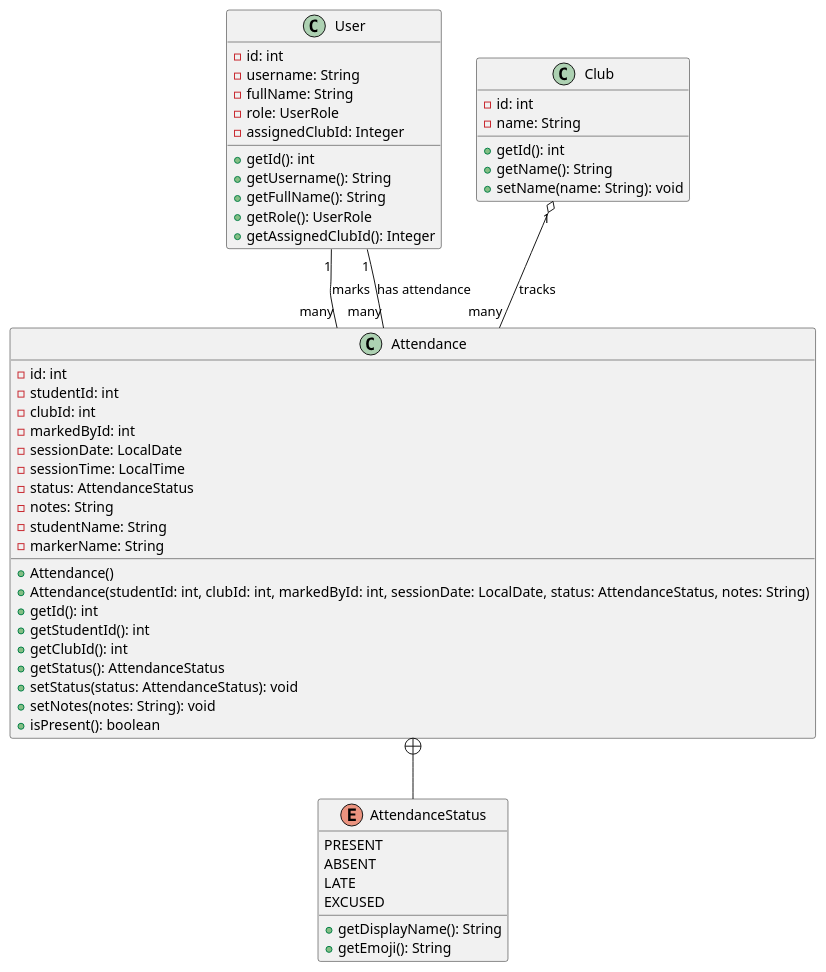
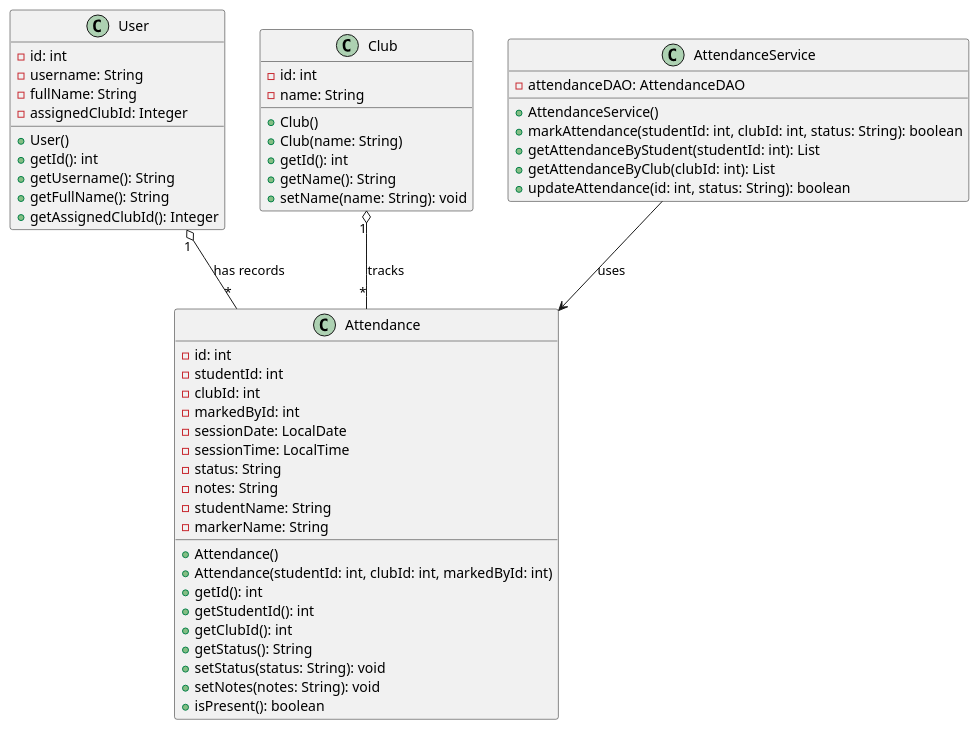
Before and after one commit to hybr/iacm: the diagram in club-management-system/attendance-system-diagram.puml, drawn with PlantUML. The commit also changed 4 other files, not shown here.

Commit message:
new plantuml

```diff
--- a/club-management-system/attendance-system-diagram.puml
+++ b/club-management-system/attendance-system-diagram.puml
@@ -1,60 +1,60 @@
 @startuml Attendance System
 
 class Attendance {
   - id: int
   - studentId: int
   - clubId: int
   - markedById: int
   - sessionDate: LocalDate
   - sessionTime: LocalTime
-  - status: AttendanceStatus
+  - status: String
   - notes: String
   - studentName: String
   - markerName: String
   + Attendance()
-  + Attendance(studentId: int, clubId: int, markedById: int, sessionDate: LocalDate, status: AttendanceStatus, notes: String)
+  + Attendance(studentId: int, clubId: int, markedById: int)
   + getId(): int
   + getStudentId(): int
   + getClubId(): int
-  + getStatus(): AttendanceStatus
-  + setStatus(status: AttendanceStatus): void
+  + getStatus(): String
+  + setStatus(status: String): void
   + setNotes(notes: String): void
   + isPresent(): boolean
 }
 
 class User {
   - id: int
   - username: String
   - fullName: String
-  - role: UserRole
   - assignedClubId: Integer
+  + User()
   + getId(): int
   + getUsername(): String
   + getFullName(): String
-  + getRole(): UserRole
   + getAssignedClubId(): Integer
 }
 
 class Club {
   - id: int
   - name: String
+  + Club()
+  + Club(name: String)
   + getId(): int
   + getName(): String
   + setName(name: String): void
 }
 
-enum AttendanceStatus {
-  PRESENT
-  ABSENT
-  LATE
-  EXCUSED
-  + getDisplayName(): String
-  + getEmoji(): String
+class AttendanceService {
+  - attendanceDAO: AttendanceDAO
+  + AttendanceService()
+  + markAttendance(studentId: int, clubId: int, status: String): boolean
+  + getAttendanceByStudent(studentId: int): List
+  + getAttendanceByClub(clubId: int): List
+  + updateAttendance(id: int, status: String): boolean
 }
 
-User "1" -- "many" Attendance : marks
-User "1" -- "many" Attendance : has attendance
-Club "1" o-- "many" Attendance : tracks
-Attendance +-- AttendanceStatus
+Club "1" o-- "*" Attendance : tracks
+User "1" o-- "*" Attendance : has records
+AttendanceService --> Attendance : uses
 
 @enduml
```
